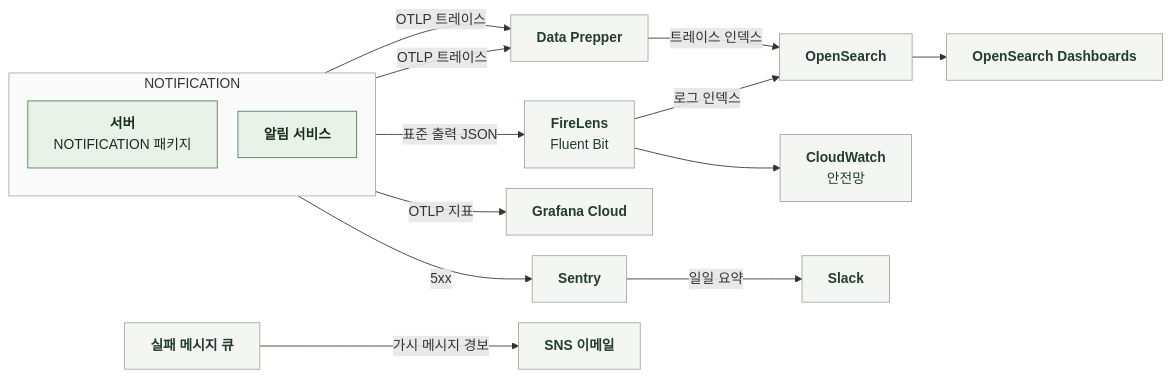
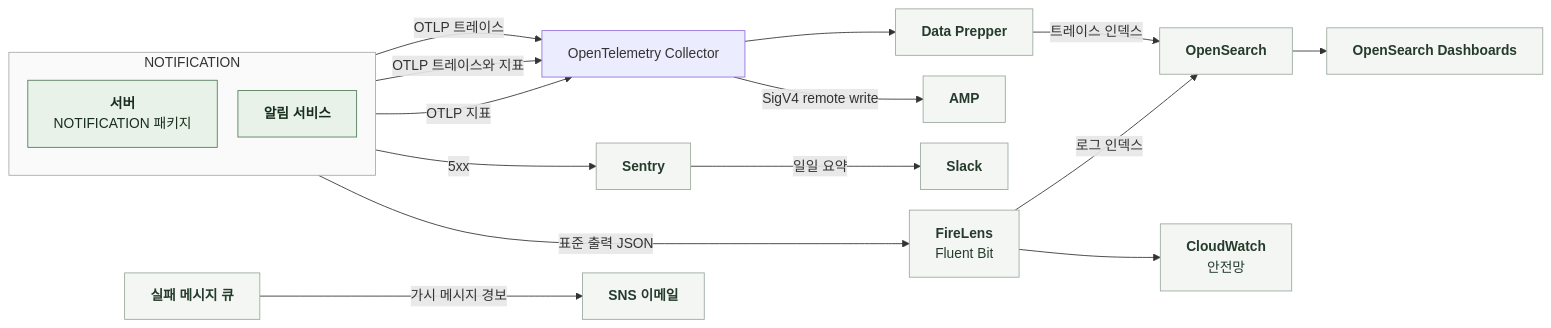
The diagram in docs/domain/NOTIFICATION/BACKEND/5-4-OBSERVABILITY.md (KIM-N-KANG/knk-harness), drawn with Mermaid before and after one commit. The commit also changed other lines of this file and 130 other files, not shown here.

````diff
--- a/docs/domain/NOTIFICATION/BACKEND/5-4-OBSERVABILITY.md
+++ b/docs/domain/NOTIFICATION/BACKEND/5-4-OBSERVABILITY.md
@@ -11,28 +11,30 @@
 ```mermaid
 %%{init: {"flowchart": {"curve": "basis", "nodeSpacing": 24, "rankSpacing": 40}}}%%
 flowchart LR
     subgraph U["NOTIFICATION"]
         direction TB
         S["`**서버**
 NOTIFICATION 패키지`"]
         N["`**알림 서비스**`"]
     end
     U -->|표준 출력 JSON| F["`**FireLens**
 Fluent Bit`"]
     F -->|로그 인덱스| OS["`**OpenSearch**`"]
     F --> CW["`**CloudWatch**
 안전망`"]
-    S -->|OTLP 트레이스| DP["`**Data Prepper**`"]
-    N -->|OTLP 트레이스| DP
+    S -->|OTLP 트레이스| C["OpenTelemetry Collector"]
+    C --> DP["`**Data Prepper**`"]
+    N -->|OTLP 트레이스와 지표| C
     DP -->|트레이스 인덱스| OS
     OS --> OD["`**OpenSearch Dashboards**`"]
-    S -->|OTLP 지표| G["`**Grafana Cloud**`"]
+    S -->|OTLP 지표| C
+    C -->|SigV4 remote write| G["`**AMP**`"]
     S -->|5xx| SE["`**Sentry**`"]
     SE -->|일일 요약| SL["`**Slack**`"]
     Q["`**실패 메시지 큐**`"] -->|가시 메시지 경보| SNS["`**SNS 이메일**`"]
     classDef comp fill:#E8F2E8,stroke:#527A59,color:#182D1D
     classDef ext fill:#F4F6F4,stroke:#9BA99E,color:#253C2C
     class S,N comp
     class F,OS,CW,DP,OD,G,SE,SL,Q,SNS ext
     style U fill:#FAFAFA,stroke:#AAAAAA
 ```
````
